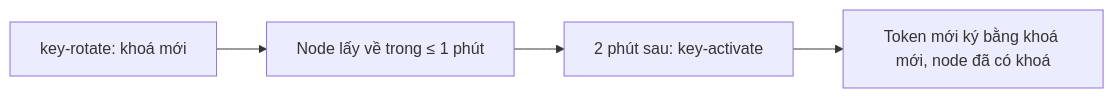
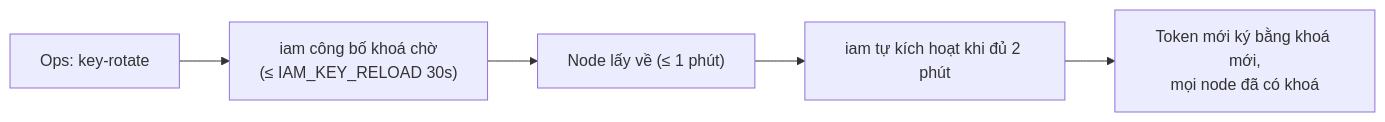
Before and after one commit to ivannguyendev/chatim: the fourth of 5 diagrams in docs/plans/2026-10-27-m6-2-thu-hoi-toi-node-summary.md, drawn with Mermaid. The commit also changed other lines of this file and 6 other files, not shown here.

````diff
--- a/docs/plans/2026-10-27-m6-2-thu-hoi-toi-node-summary.md
+++ b/docs/plans/2026-10-27-m6-2-thu-hoi-toi-node-summary.md
@@ -104,4 +107,4 @@
 ```mermaid
 flowchart LR
-  A["key-rotate: khoá mới"] --> B["Node lấy về trong ≤ 1 phút"] --> C["2 phút sau: key-activate"] --> D["Token mới ký bằng khoá mới, node đã có khoá"]
+  A["Ops: key-rotate"] --> B["iam công bố khoá chờ<br/>(≤ IAM_KEY_RELOAD 30s)"] --> C["Node lấy về (≤ 1 phút)"] --> D["iam tự kích hoạt khi đủ 2 phút"] --> E["Token mới ký bằng khoá mới,<br/>mọi node đã có khoá"]
 ```
````
